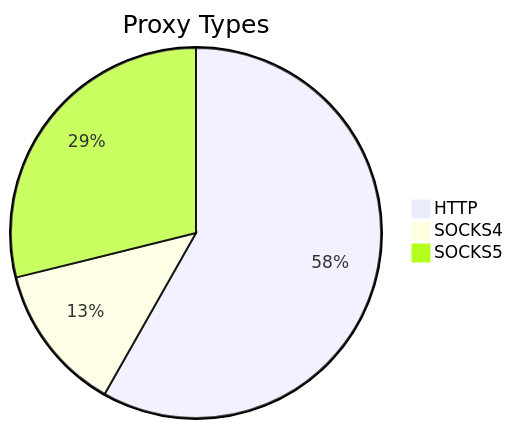
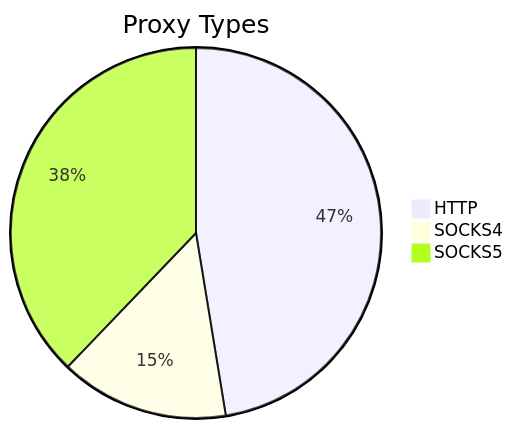
Before and after one commit to stormsia/proxy-list: the first of 2 diagrams in README.md, drawn with Mermaid. The commit also changed other lines of this file, not shown here.

````diff
--- a/README.md
+++ b/README.md
@@ -21,6 +21,6 @@
 ```mermaid
 pie title Proxy Types
-    "HTTP" : 117
-    "SOCKS4" : 26
-    "SOCKS5" : 58
+    "HTTP" : 193
+    "SOCKS4" : 60
+    "SOCKS5" : 154
 ```
````
